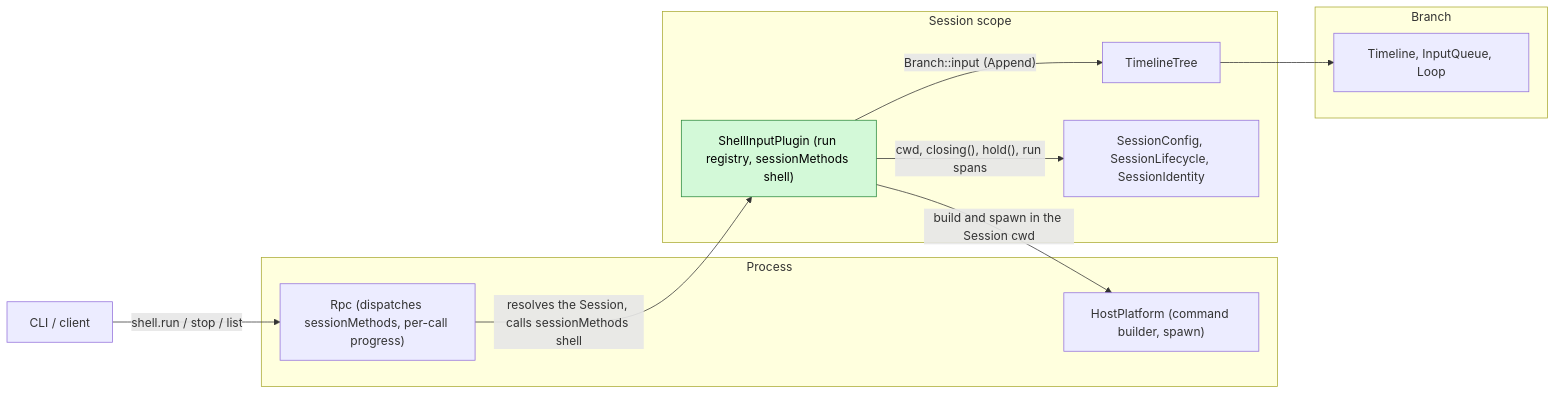
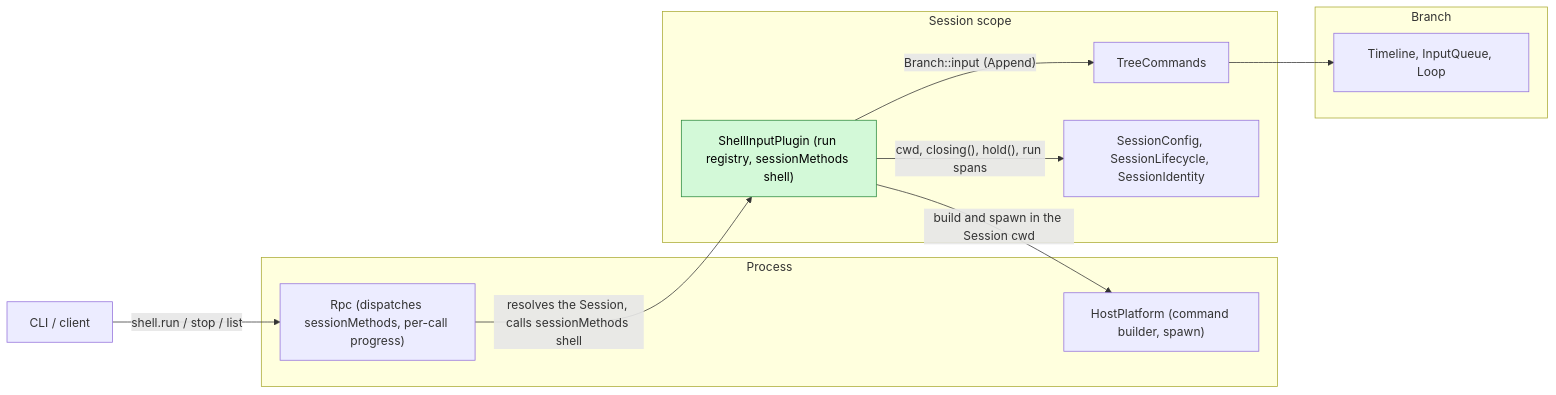
Before and after one commit to arcships/dim: the first of 3 diagrams in docs/design/plugins/ShellInput.md, drawn with Mermaid. The commit also changed other lines of this file and 11 other files, not shown here.

````diff
--- a/docs/design/plugins/ShellInput.md
+++ b/docs/design/plugins/ShellInput.md
@@ -9,23 +171,23 @@
 ```mermaid
 flowchart LR
   CLI["CLI / client"]
   subgraph P["Process"]
     RPC["Rpc (dispatches sessionMethods, per-call progress)"]
     HP["HostPlatform (command builder, spawn)"]
   end
   subgraph S["Session scope"]
     SI["ShellInputPlugin (run registry, sessionMethods shell)"]:::new
-    TC["TimelineTree"]
+    TC["TreeCommands"]
     SS["SessionConfig, SessionLifecycle, SessionIdentity"]
   end
   subgraph B["Branch"]
     IQ["Timeline, InputQueue, Loop"]
   end
   CLI -- "shell.run / stop / list" --> RPC
   RPC -- "resolves the Session, calls sessionMethods shell" --> SI
   SI -- "build and spawn in the Session cwd" --> HP
   SI -- "Branch::input (Append)" --> TC
   TC --> IQ
   SI -- "cwd, closing(), hold(), run spans" --> SS
   classDef new fill:#d3f9d8,stroke:#2b8a3e,color:#000
 ```
````
